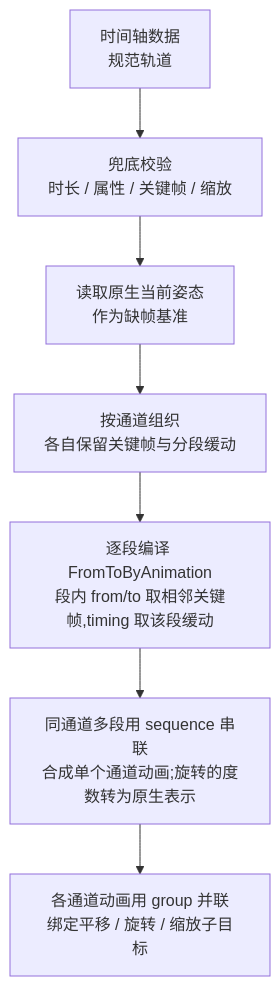
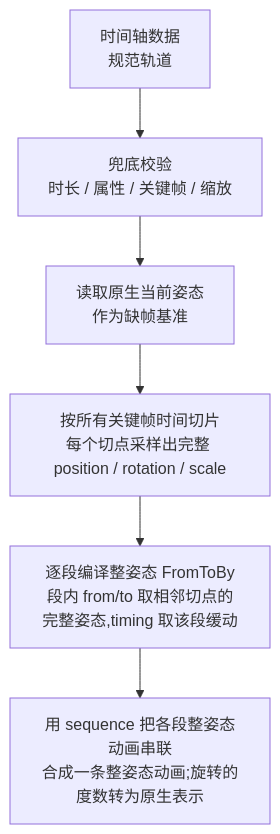
Before and after one commit to webspatial/webspatial-sdk: the fourth of 11 diagrams in openspec/changes/redesign-entity-motion-api/design.zh.md, drawn with Mermaid. The commit also changed other lines of this file and 3 other files, not shown here.

````diff
--- a/openspec/changes/redesign-entity-motion-api/design.zh.md
+++ b/openspec/changes/redesign-entity-motion-api/design.zh.md
@@ -426,17 +426,15 @@
 ```mermaid
 flowchart TB
     Payload["时间轴数据<br/>规范轨道"]
     Validate["兜底校验<br/>时长 / 属性 / 关键帧 / 缩放"]
     Snapshot["读取原生当前姿态<br/>作为缺帧基准"]
-    Channels["按通道组织<br/>各自保留关键帧与分段缓动"]
-    Segment["逐段编译 FromToByAnimation<br/>段内 from/to 取相邻关键帧,timing 取该段缓动"]
-    Seq["同通道多段用 sequence 串联<br/>合成单个通道动画;旋转的度数转为原生表示"]
-    Group["各通道动画用 group 并联<br/>绑定平移 / 旋转 / 缩放子目标"]
+    Slice["按所有关键帧时间切片<br/>每个切点采样出完整 position / rotation / scale"]
+    Segment["逐段编译整姿态 FromToBy<br/>段内 from/to 取相邻切点的完整姿态,timing 取该段缓动"]
+    Seq["用 sequence 把各段整姿态动画串联<br/>合成一条整姿态动画;旋转的度数转为原生表示"]
 
     Payload --> Validate
     Validate --> Snapshot
-    Snapshot --> Channels
-    Channels --> Segment
+    Snapshot --> Slice
+    Slice --> Segment
     Segment --> Seq
-    Seq --> Group
 ```
````
